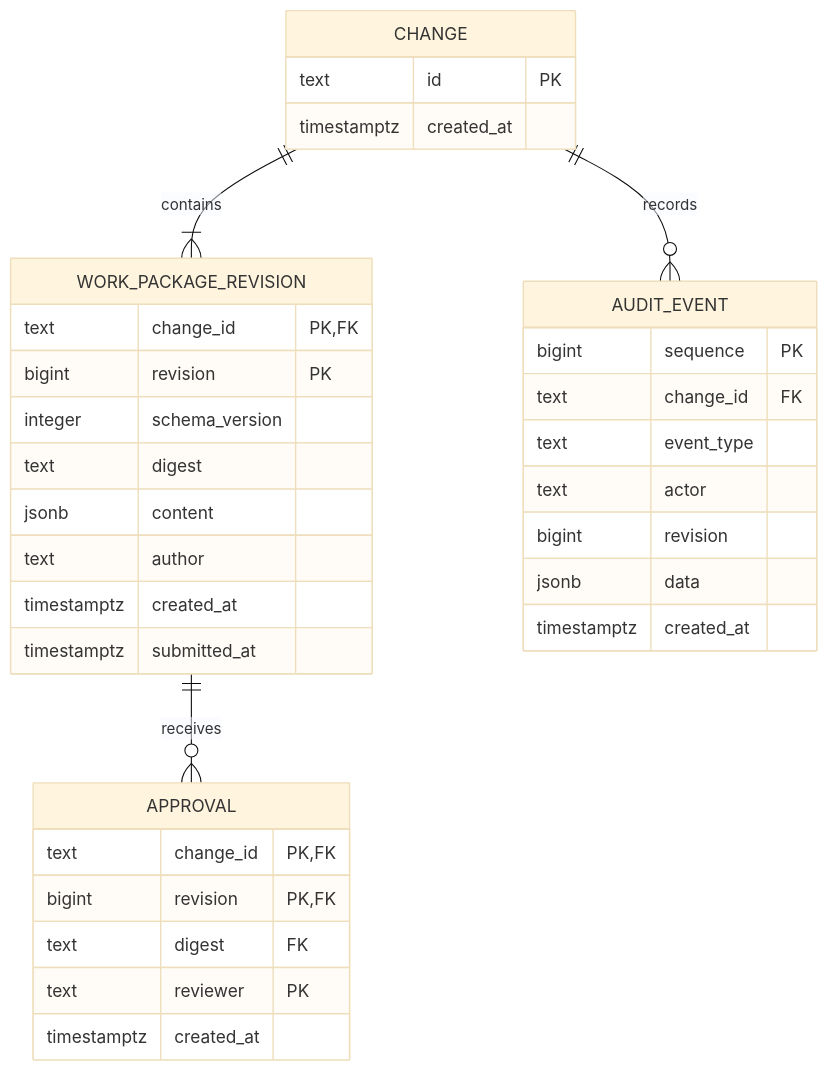
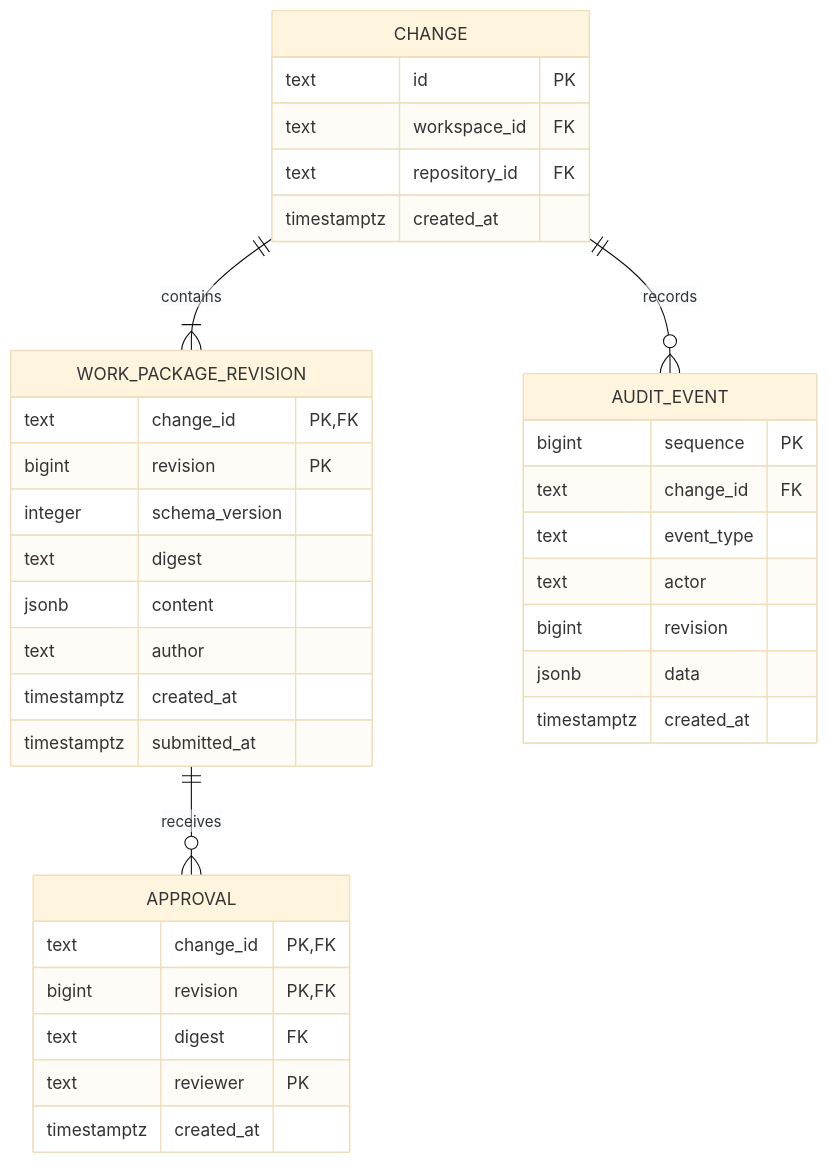
Before and after one commit to phenixrizen/conductor: the first of 4 diagrams in docs/architecture/milestone-1.md, drawn with Mermaid (base theme). The commit also changed other lines of this file and 15 other files, not shown here.

````diff
--- a/docs/architecture/milestone-1.md
+++ b/docs/architecture/milestone-1.md
@@ -20,37 +23,39 @@
 ```mermaid
 erDiagram
     CHANGE ||--|{ WORK_PACKAGE_REVISION : contains
     WORK_PACKAGE_REVISION ||--o{ APPROVAL : receives
     CHANGE ||--o{ AUDIT_EVENT : records
 
     CHANGE {
         text id PK
+        text workspace_id FK
+        text repository_id FK
         timestamptz created_at
     }
     WORK_PACKAGE_REVISION {
         text change_id PK,FK
         bigint revision PK
         integer schema_version
         text digest
         jsonb content
         text author
         timestamptz created_at
         timestamptz submitted_at
     }
     APPROVAL {
         text change_id PK,FK
         bigint revision PK,FK
         text digest FK
         text reviewer PK
         timestamptz created_at
     }
     AUDIT_EVENT {
         bigint sequence PK
         text change_id FK
         text event_type
         text actor
         bigint revision
         jsonb data
         timestamptz created_at
     }
 ```
````
